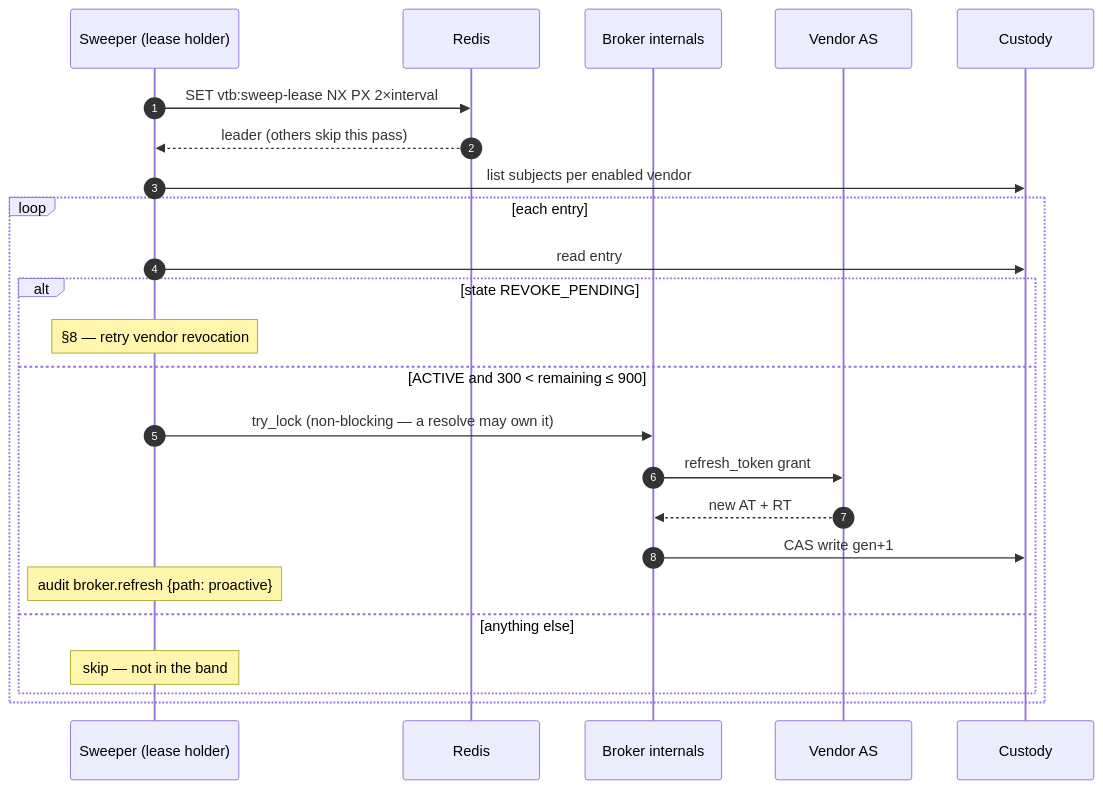
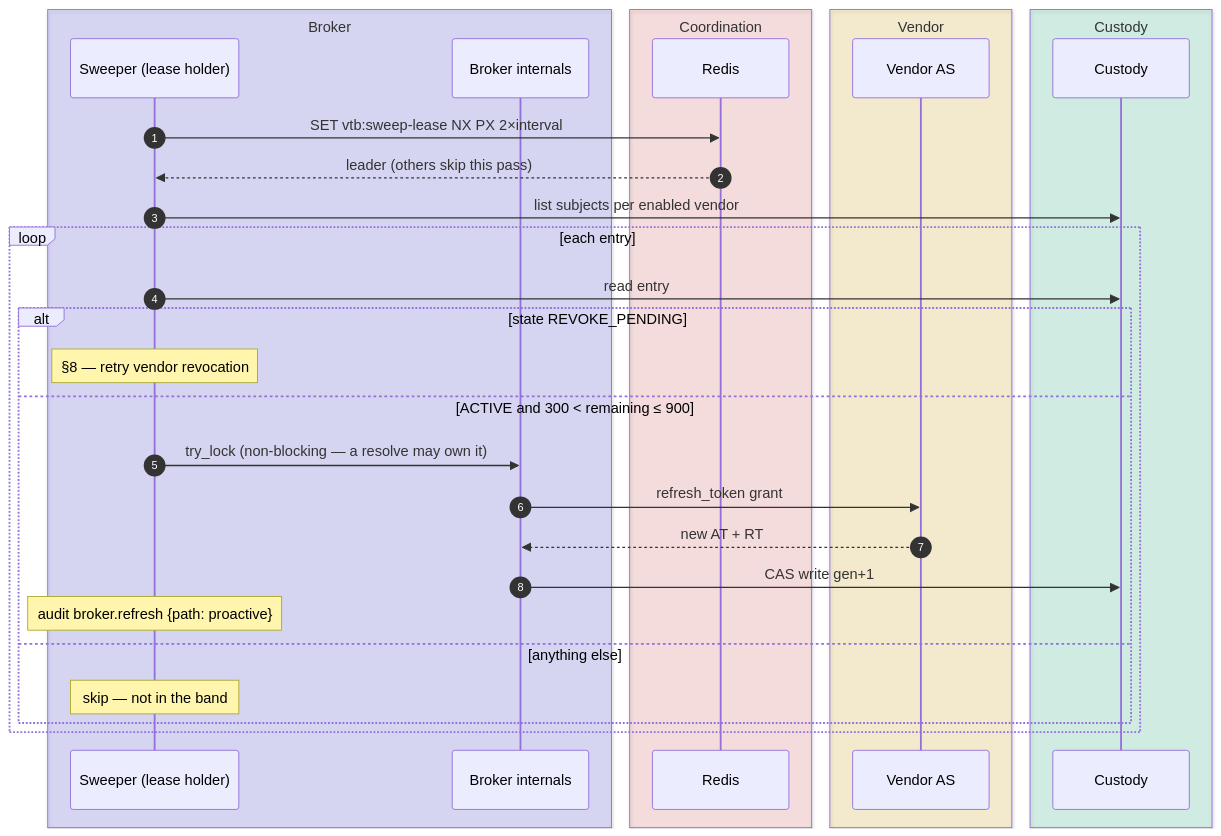
One commit to chief-builder/vendor-token-broker changed the fifth of 10 diagrams in docs/token-lifecycle.md. Above: the diagram before and after it, drawn with Mermaid. The commit also changed other lines of this file and 1 other file, not shown here.

First line of the commit message:
docs: theme-aware diagram colors + decluttered orientation map

````diff
--- a/docs/token-lifecycle.md
+++ b/docs/token-lifecycle.md
@@ -163,27 +199,35 @@
 ```mermaid
 sequenceDiagram
     autonumber
-    participant S as Sweeper (lease holder)
-    participant R as Redis
-    participant B as Broker internals
-    participant V as Vendor AS
-    participant K as Custody
+    box rgba(99,102,241,0.20) Broker
+        participant S as Sweeper (lease holder)
+        participant B as Broker internals
+    end
+    box rgba(239,68,68,0.14) Coordination
+        participant R as Redis
+    end
+    box rgba(234,179,8,0.16) Vendor
+        participant V as Vendor AS
+    end
+    box rgba(16,185,129,0.16) Custody
+        participant K as Custody
+    end
 
     S->>R: SET vtb:sweep-lease NX PX 2×interval
     R-->>S: leader (others skip this pass)
     S->>K: list subjects per enabled vendor
     loop each entry
         S->>K: read entry
         alt state REVOKE_PENDING
             Note over S: §8 — retry vendor revocation
         else ACTIVE and 300 < remaining ≤ 900
             S->>B: try_lock (non-blocking — a resolve may own it)
             B->>V: refresh_token grant
             V-->>B: new AT + RT
             B->>K: CAS write gen+1
             Note over S: audit broker.refresh {path: proactive}
         else anything else
             Note over S: skip — not in the band
         end
     end
 ```
````
